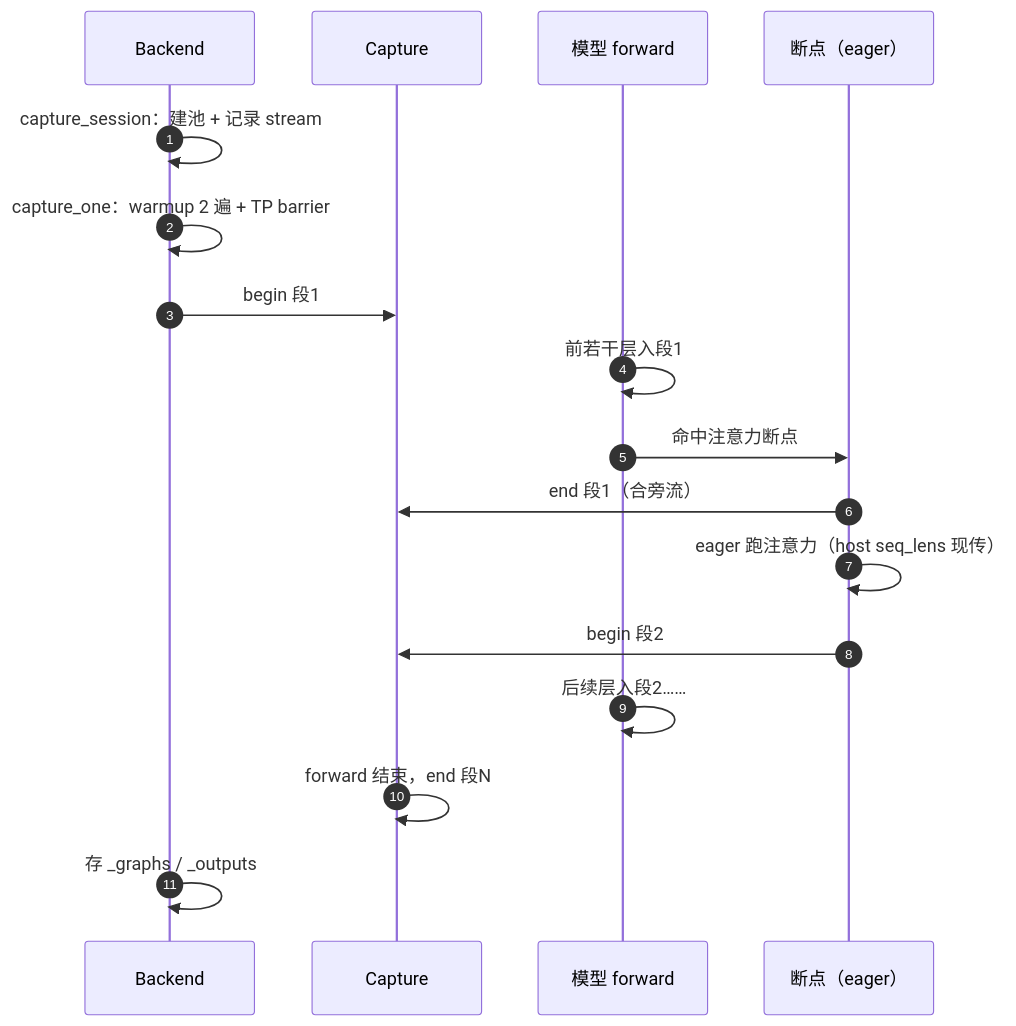
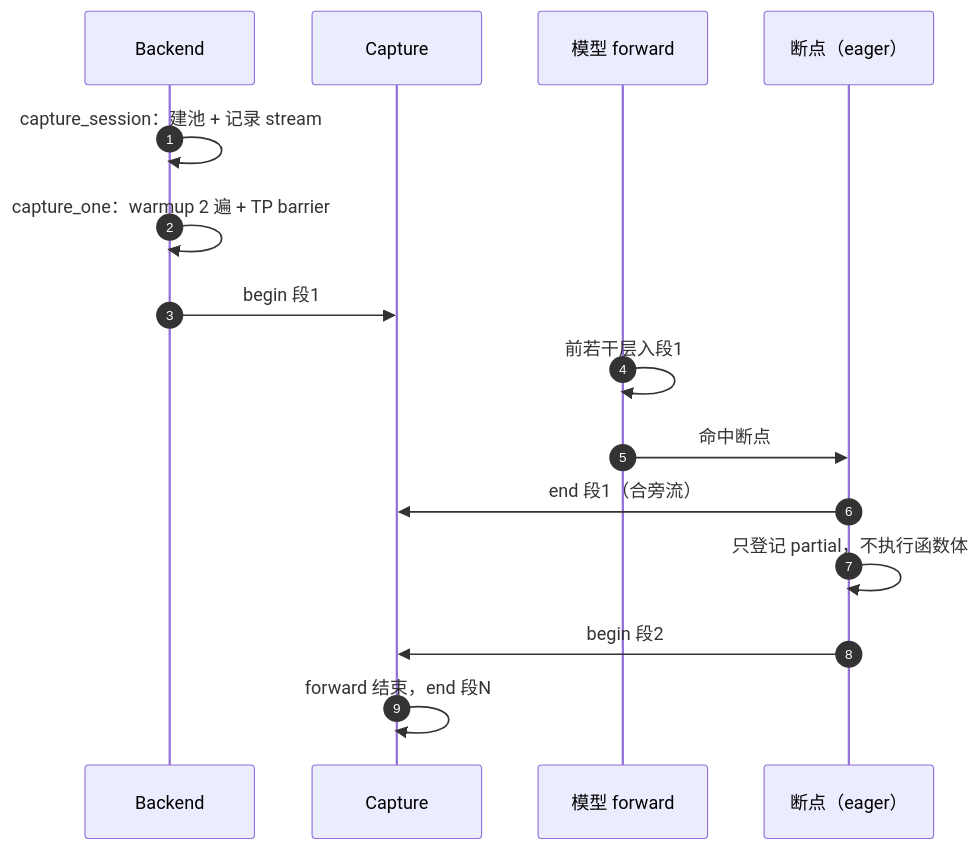
Before and after one commit to kyrotiko/sglang-docs: the second of 3 diagrams in FE/BreakableNPUGraphBackend设计方案/breakable_npu_graph_backend_design.md, drawn with Mermaid. The commit also changed other lines of this file and 6 other files, not shown here.

````diff
--- a/FE/BreakableNPUGraphBackend设计方案/breakable_npu_graph_backend_design.md
+++ b/FE/BreakableNPUGraphBackend设计方案/breakable_npu_graph_backend_design.md
@@ -131,19 +54,17 @@
 ```mermaid
 sequenceDiagram
     autonumber
     participant B as Backend
     participant C as Capture
     participant F as 模型 forward
     participant E as 断点（eager）
     B->>B: capture_session：建池 + 记录 stream
     B->>B: capture_one：warmup 2 遍 + TP barrier
     B->>C: begin 段1
     F->>F: 前若干层入段1
-    F->>E: 命中注意力断点
+    F->>E: 命中断点
     E->>C: end 段1（合旁流）
-    E->>E: eager 跑注意力（host seq_lens 现传）
+    E->>E: 只登记 partial，不执行函数体
     E->>C: begin 段2
-    F->>F: 后续层入段2……
     C->>C: forward 结束，end 段N
-    B->>B: 存 _graphs / _outputs
 ```
````
